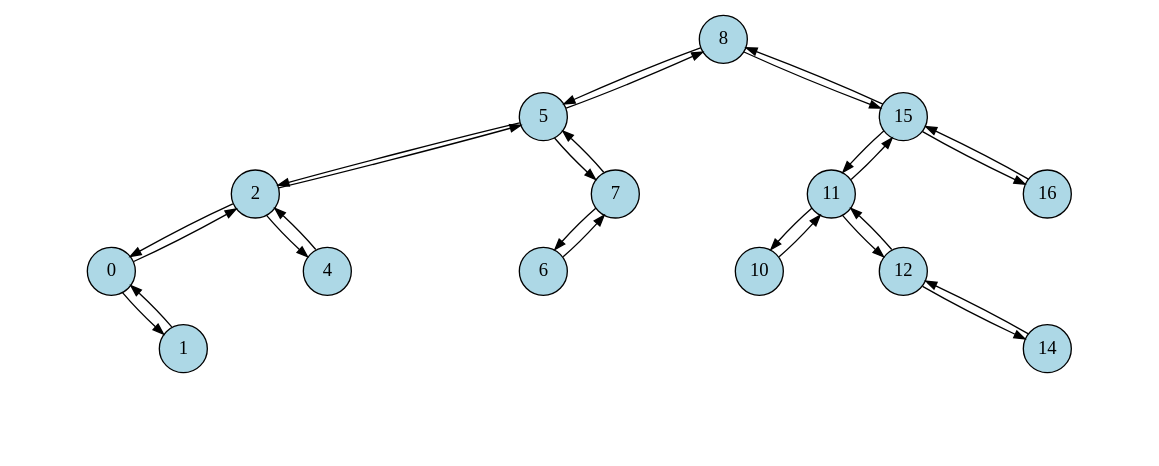
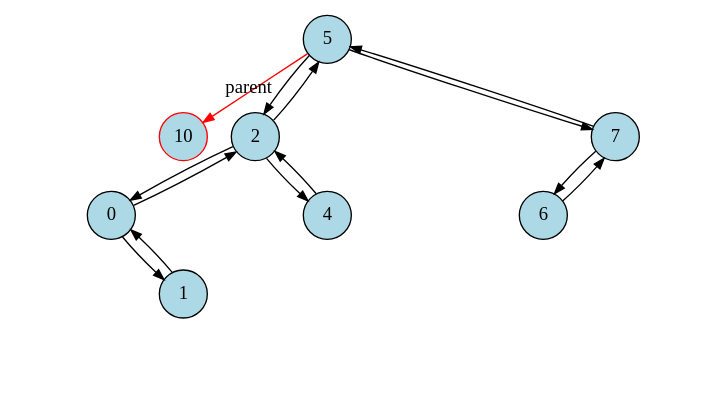
The diagram in kmom07/tree/tree.dot (mahlen007/oopython), drawn with Graphviz before and after one commit. The commit also changed 4 other files, not shown here.

```diff
--- a/kmom07/tree/tree.dot
+++ b/kmom07/tree/tree.dot
@@ -16,356 +16,189 @@
   color=black
 ];
 
-139757838205392 [
-  label="8"
-];
-139757838205296 [
+140209365385584 [
   label="5"
 ];
-139757838205200 [
+140209365385744 [
+  label="10"
+  color="red"
+];
+140209365385488 [
   label="2"
 ];
-139757838205136 [
+140209365385424 [
   label="0"
 ];
-139757833530672 [
+140209360696112 [
   label="i1"
   style="invis"
 ];
-139757833531056 [
+140209360695792 [
   label="i2"
   style="invis"
 ];
-139757838205168 [
+140209365385456 [
   label="1"
 ];
-139757833531632 [
+140209360696432 [
   label="i3"
   style="invis"
 ];
-139757833532016 [
+140209360696624 [
   label="i4"
   style="invis"
 ];
-139757833532336 [
+140209360696752 [
   label="i5"
   style="invis"
 ];
-139757833532784 [
+140209360695408 [
   label="i6"
   style="invis"
 ];
-139757838205264 [
+140209365385552 [
   label="4"
 ];
-139757833533360 [
+140209360696048 [
   label="i7"
   style="invis"
 ];
-139757833533744 [
+140209360695664 [
   label="i8"
   style="invis"
 ];
-139757833534064 [
+140209360695152 [
   label="i9"
   style="invis"
 ];
-139757833534576 [
+140209360694896 [
   label="i10"
   style="invis"
 ];
-139757838205360 [
+140209365385648 [
   label="7"
 ];
-139757838205328 [
+140209365385616 [
   label="6"
 ];
-139757833535408 [
+140209360695088 [
   label="i11"
   style="invis"
 ];
-139757833585008 [
+140209360695984 [
   label="i12"
   style="invis"
 ];
-139757833585328 [
+140209360697584 [
   label="i13"
   style="invis"
 ];
-139757833585712 [
+140209360698480 [
   label="i14"
   style="invis"
 ];
-139757833586096 [
+140209360699056 [
   label="i15"
   style="invis"
 ];
-139757833586608 [
-  label="i16"
-  style="invis"
+140209365385584 -> 140209365385744 [
+  label="parent"
+  color="red"
 ];
-139757838205616 [
-  label="15"
-];
-139757838205488 [
-  label="11"
-];
-139757838205456 [
-  label="10"
-];
-139757833587696 [
-  label="i17"
-  style="invis"
-];
-139757833588080 [
-  label="i18"
-  style="invis"
-];
-139757833588400 [
-  label="i19"
-  style="invis"
-];
-139757833588784 [
-  label="i20"
-  style="invis"
-];
-139757838205520 [
-  label="12"
-];
-139757833589360 [
-  label="i21"
-  style="invis"
-];
-139757833589744 [
-  label="i22"
-  style="invis"
-];
-139757838205584 [
-  label="14"
-];
-139757833590256 [
-  label="i23"
-  style="invis"
-];
-139757833590640 [
-  label="i24"
-  style="invis"
-];
-139757833590960 [
-  label="i25"
-  style="invis"
-];
-139757833591600 [
-  label="i26"
-  style="invis"
-];
-139757838205648 [
-  label="16"
-];
-139757833592176 [
-  label="i27"
-  style="invis"
-];
-139757833592560 [
-  label="i28"
-  style="invis"
-];
-139757833592880 [
-  label="i29"
-  style="invis"
-];
-139757838205296 -> 139757838205392 [
+140209365385488 -> 140209365385584 [
 
 ];
-139757838205200 -> 139757838205296 [
+140209365385424 -> 140209365385488 [
 
 ];
-139757838205136 -> 139757838205200 [
-
-];
-139757838205136 -> 139757833530672 [
+140209365385424 -> 140209360696112 [
   style="invis"
   weight="5"
 ];
-139757838205136 -> 139757833531056 [
+140209365385424 -> 140209360695792 [
   style="invis"
   weight="5"
 ];
-139757838205168 -> 139757838205136 [
+140209365385456 -> 140209365385424 [
 
 ];
-139757838205168 -> 139757833531632 [
+140209365385456 -> 140209360696432 [
   style="invis"
   weight="5"
 ];
-139757838205168 -> 139757833532016 [
+140209365385456 -> 140209360696624 [
   style="invis"
   weight="5"
 ];
-139757838205168 -> 139757833532336 [
+140209365385456 -> 140209360696752 [
   style="invis"
   weight="5"
 ];
-139757838205136 -> 139757838205168 [
+140209365385424 -> 140209365385456 [
 
 ];
-139757838205200 -> 139757838205136 [
+140209365385488 -> 140209365385424 [
 
 ];
-139757838205200 -> 139757833532784 [
+140209365385488 -> 140209360695408 [
   style="invis"
   weight="5"
 ];
-139757838205264 -> 139757838205200 [
+140209365385552 -> 140209365385488 [
 
 ];
-139757838205264 -> 139757833533360 [
+140209365385552 -> 140209360696048 [
   style="invis"
   weight="5"
 ];
-139757838205264 -> 139757833533744 [
+140209365385552 -> 140209360695664 [
   style="invis"
   weight="5"
 ];
-139757838205264 -> 139757833534064 [
+140209365385552 -> 140209360695152 [
   style="invis"
   weight="5"
 ];
-139757838205200 -> 139757838205264 [
+140209365385488 -> 140209365385552 [
 
 ];
-139757838205296 -> 139757838205200 [
+140209365385584 -> 140209365385488 [
 
 ];
-139757838205296 -> 139757833534576 [
+140209365385584 -> 140209360694896 [
   style="invis"
   weight="5"
 ];
-139757838205360 -> 139757838205296 [
+140209365385648 -> 140209365385584 [
 
 ];
-139757838205328 -> 139757838205360 [
+140209365385616 -> 140209365385648 [
 
 ];
-139757838205328 -> 139757833535408 [
+140209365385616 -> 140209360695088 [
   style="invis"
   weight="5"
 ];
-139757838205328 -> 139757833585008 [
+140209365385616 -> 140209360695984 [
   style="invis"
   weight="5"
 ];
-139757838205328 -> 139757833585328 [
+140209365385616 -> 140209360697584 [
   style="invis"
   weight="5"
 ];
-139757838205360 -> 139757838205328 [
+140209365385648 -> 140209365385616 [
 
 ];
-139757838205360 -> 139757833585712 [
+140209365385648 -> 140209360698480 [
   style="invis"
   weight="5"
 ];
-139757838205360 -> 139757833586096 [
+140209365385648 -> 140209360699056 [
   style="invis"
   weight="5"
 ];
-139757838205296 -> 139757838205360 [
-
-];
-139757838205392 -> 139757838205296 [
-
-];
-139757838205392 -> 139757833586608 [
-  style="invis"
-  weight="5"
-];
-139757838205616 -> 139757838205392 [
-
-];
-139757838205488 -> 139757838205616 [
-
-];
-139757838205456 -> 139757838205488 [
-
-];
-139757838205456 -> 139757833587696 [
-  style="invis"
-  weight="5"
-];
-139757838205456 -> 139757833588080 [
-  style="invis"
-  weight="5"
-];
-139757838205456 -> 139757833588400 [
-  style="invis"
-  weight="5"
-];
-139757838205488 -> 139757838205456 [
-
-];
-139757838205488 -> 139757833588784 [
-  style="invis"
-  weight="5"
-];
-139757838205520 -> 139757838205488 [
-
-];
-139757838205520 -> 139757833589360 [
-  style="invis"
-  weight="5"
-];
-139757838205520 -> 139757833589744 [
-  style="invis"
-  weight="5"
-];
-139757838205584 -> 139757838205520 [
-
-];
-139757838205584 -> 139757833590256 [
-  style="invis"
-  weight="5"
-];
-139757838205584 -> 139757833590640 [
-  style="invis"
-  weight="5"
-];
-139757838205584 -> 139757833590960 [
-  style="invis"
-  weight="5"
-];
-139757838205520 -> 139757838205584 [
-
-];
-139757838205488 -> 139757838205520 [
-
-];
-139757838205616 -> 139757838205488 [
-
-];
-139757838205616 -> 139757833591600 [
-  style="invis"
-  weight="5"
-];
-139757838205648 -> 139757838205616 [
-
-];
-139757838205648 -> 139757833592176 [
-  style="invis"
-  weight="5"
-];
-139757838205648 -> 139757833592560 [
-  style="invis"
-  weight="5"
-];
-139757838205648 -> 139757833592880 [
-  style="invis"
-  weight="5"
-];
-139757838205616 -> 139757838205648 [
-
-];
-139757838205392 -> 139757838205616 [
+140209365385584 -> 140209365385648 [
 
 ];
 }
```
